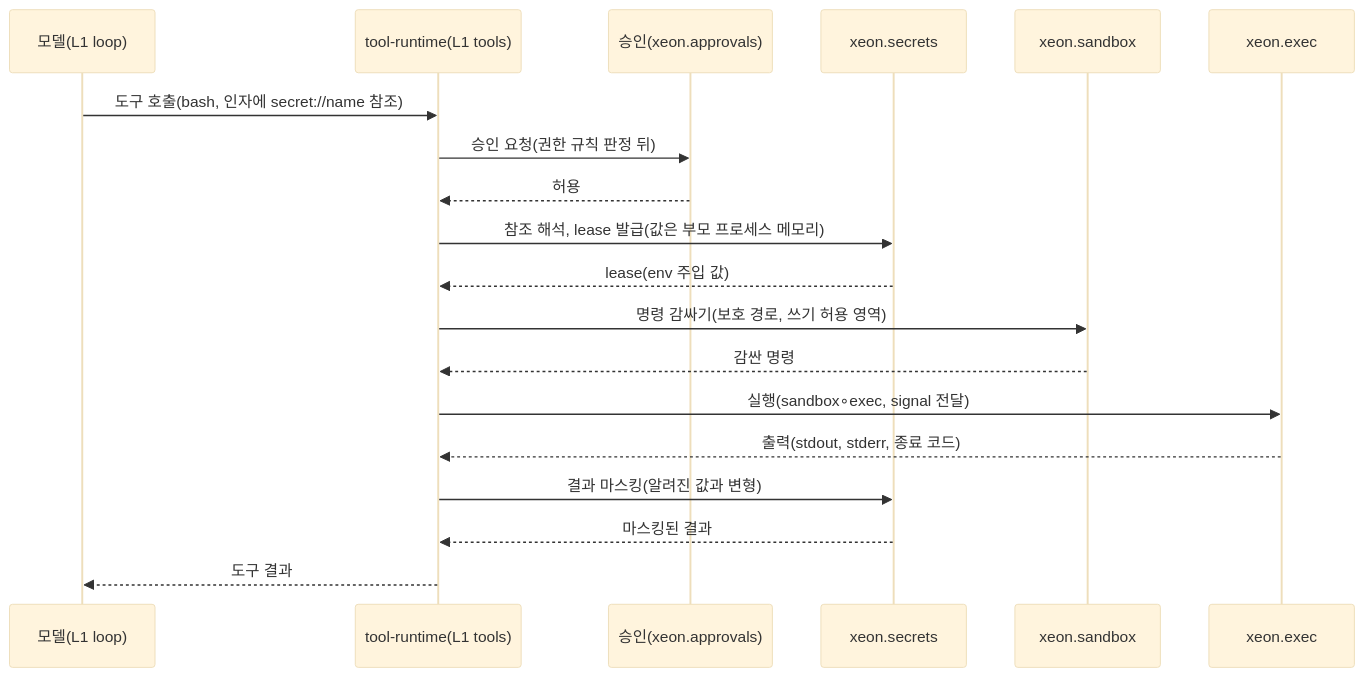
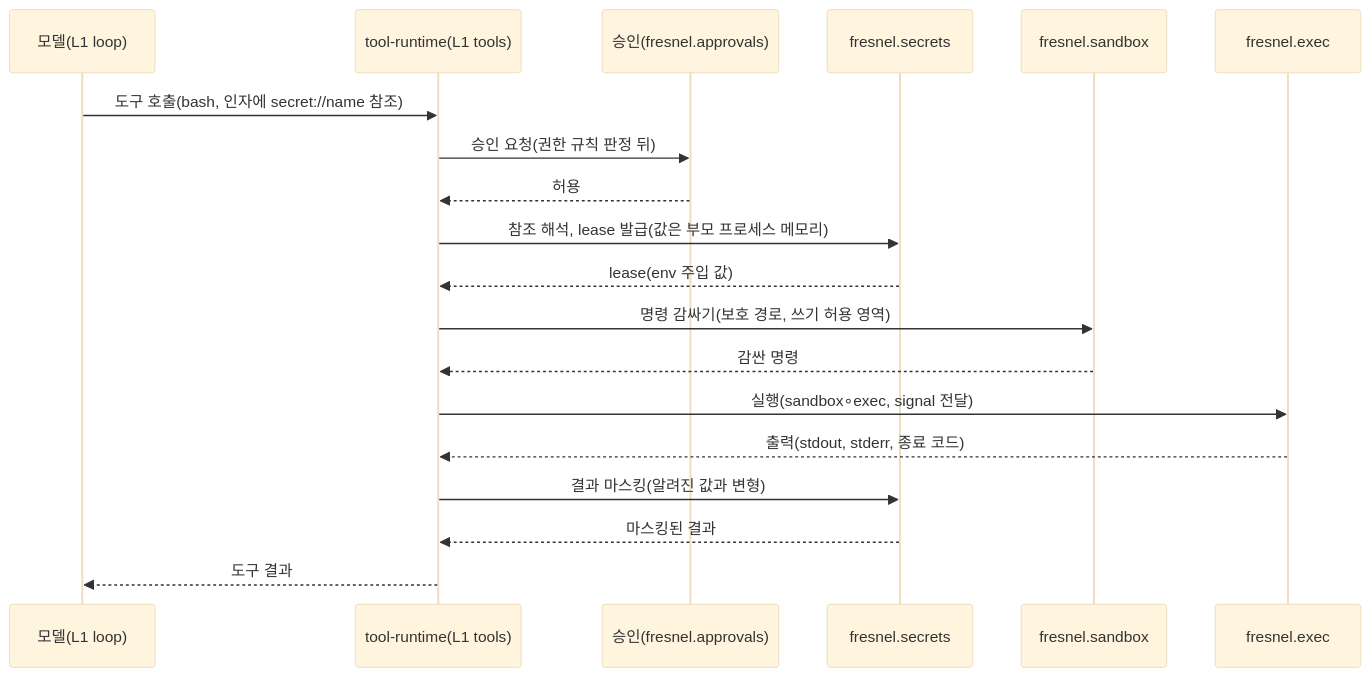
One commit to Rengod95/Helm-Agent_Docs_OS changed the diagram in docs/xeon/L0/README.md. Above: the diagram before and after it, drawn with Mermaid (base theme). The commit also changed other lines of this file and 2082 other files, not shown here.

````diff
--- a/docs/xeon/L0/README.md
+++ b/docs/xeon/L0/README.md
@@ -188,21 +188,21 @@
 ```mermaid
 sequenceDiagram
   participant M as 모델(L1 loop)
   participant T as tool-runtime(L1 tools)
-  participant A as 승인(xeon.approvals)
-  participant S as xeon.secrets
-  participant B as xeon.sandbox
-  participant E as xeon.exec
+  participant A as 승인(fresnel.approvals)
+  participant S as fresnel.secrets
+  participant B as fresnel.sandbox
+  participant E as fresnel.exec
   M->>T: 도구 호출(bash, 인자에 secret://name 참조)
   T->>A: 승인 요청(권한 규칙 판정 뒤)
   A-->>T: 허용
   T->>S: 참조 해석, lease 발급(값은 부모 프로세스 메모리)
   S-->>T: lease(env 주입 값)
   T->>B: 명령 감싸기(보호 경로, 쓰기 허용 영역)
   B-->>T: 감싼 명령
   T->>E: 실행(sandbox∘exec, signal 전달)
   E-->>T: 출력(stdout, stderr, 종료 코드)
   T->>S: 결과 마스킹(알려진 값과 변형)
   S-->>T: 마스킹된 결과
   T-->>M: 도구 결과
 ```
````
